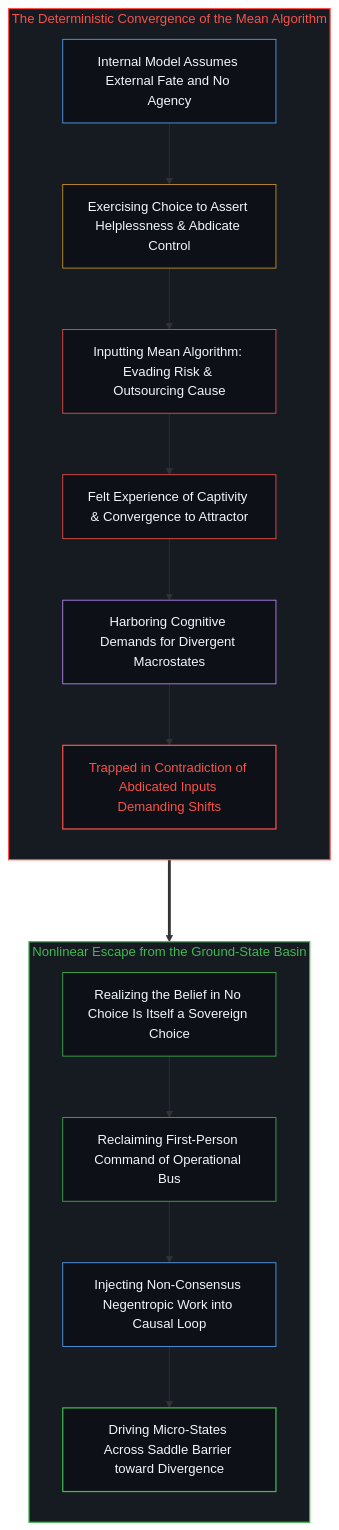
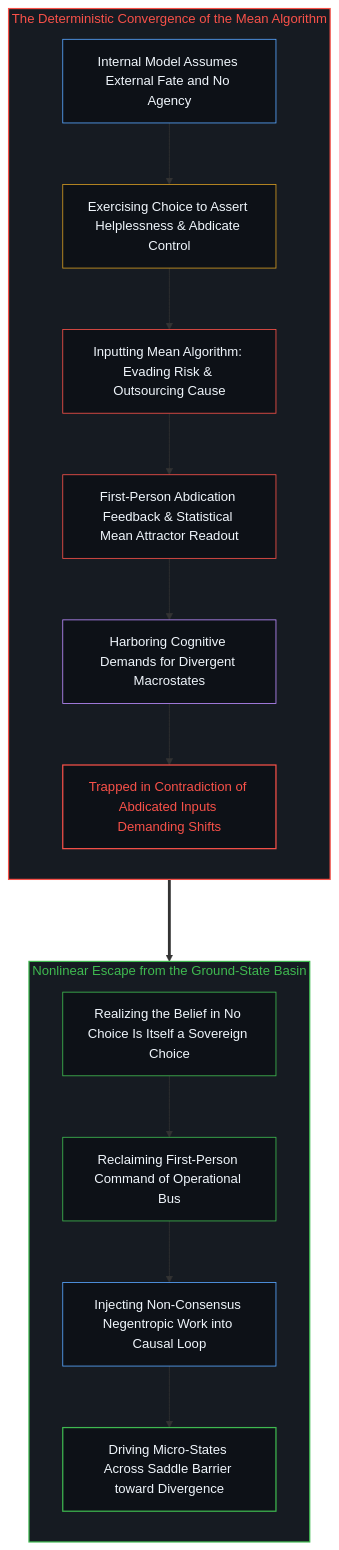
The fourth of 10 diagrams in content/posts/the-explanatory-trap-of-the-ordinary-perspective.md (powerpig99/not-a-toe), drawn with Mermaid before and after one commit. The commit also changed other lines of this file and 4 other files, not shown here.

````diff
--- a/content/posts/the-explanatory-trap-of-the-ordinary-perspective.md
+++ b/content/posts/the-explanatory-trap-of-the-ordinary-perspective.md
@@ -131,33 +131,33 @@
 ```mermaid
 graph TD
     subgraph S_MeanAttractor_EN ["The Deterministic Convergence of the Mean Algorithm"]
         direction TB
         ME_Model["Internal Model Assumes External Fate and No Agency"] --> ME_Choice["Exercising Choice to Assert Helplessness & Abdicate Control"]
         ME_Choice --> ME_Input["Inputting Mean Algorithm: Evading Risk & Outsourcing Cause"]
-        ME_Input --> ME_Attractor["Felt Experience of Captivity & Convergence to Attractor"]
+        ME_Input --> ME_Attractor["First-Person Abdication Feedback & Statistical Mean Attractor Readout"]
         ME_Attractor --> ME_Desire["Harboring Cognitive Demands for Divergent Macrostates"]
         ME_Desire --> ME_Conflict["Trapped in Contradiction of Abdicated Inputs Demanding Shifts"]
     end
 
     subgraph S_DivergentEngine_EN ["Nonlinear Escape from the Ground-State Basin"]
         direction TB
         DE_Break["Realizing the Belief in No Choice Is Itself a Sovereign Choice"] --> DE_Reclaim["Reclaiming First-Person Command of Operational Bus"]
         DE_Reclaim --> DE_Input["Injecting Non-Consensus Negentropic Work into Causal Loop"]
         DE_Input --> DE_Emerge["Driving Micro-States Across Saddle Barrier toward Divergence"]
     end
 
     ME_Conflict ===> DE_Break
 
     style S_MeanAttractor_EN fill:#161b22,stroke:#f85149,stroke-width:1.5px,color:#f85149
     style S_DivergentEngine_EN fill:#161b22,stroke:#3fb950,stroke-width:1.5px,color:#3fb950
     style ME_Model fill:#0d1117,stroke:#58a6ff,stroke-width:1px,color:#f0f6fc
     style ME_Choice fill:#0d1117,stroke:#d29922,stroke-width:1px,color:#f0f6fc
     style ME_Input fill:#0d1117,stroke:#f85149,stroke-width:1px,color:#f0f6fc
     style ME_Attractor fill:#0d1117,stroke:#f85149,stroke-width:1px,color:#f0f6fc
     style ME_Desire fill:#0d1117,stroke:#bc8cff,stroke-width:1px,color:#f0f6fc
     style ME_Conflict fill:#0d1117,stroke:#f85149,stroke-width:1.5px,color:#f85149
     style DE_Break fill:#0d1117,stroke:#3fb950,stroke-width:1px,color:#f0f6fc
     style DE_Reclaim fill:#0d1117,stroke:#3fb950,stroke-width:1px,color:#f0f6fc
     style DE_Input fill:#0d1117,stroke:#58a6ff,stroke-width:1px,color:#f0f6fc
     style DE_Emerge fill:#0d1117,stroke:#3fb950,stroke-width:1.5px,color:#f0f6fc
 ```
````
